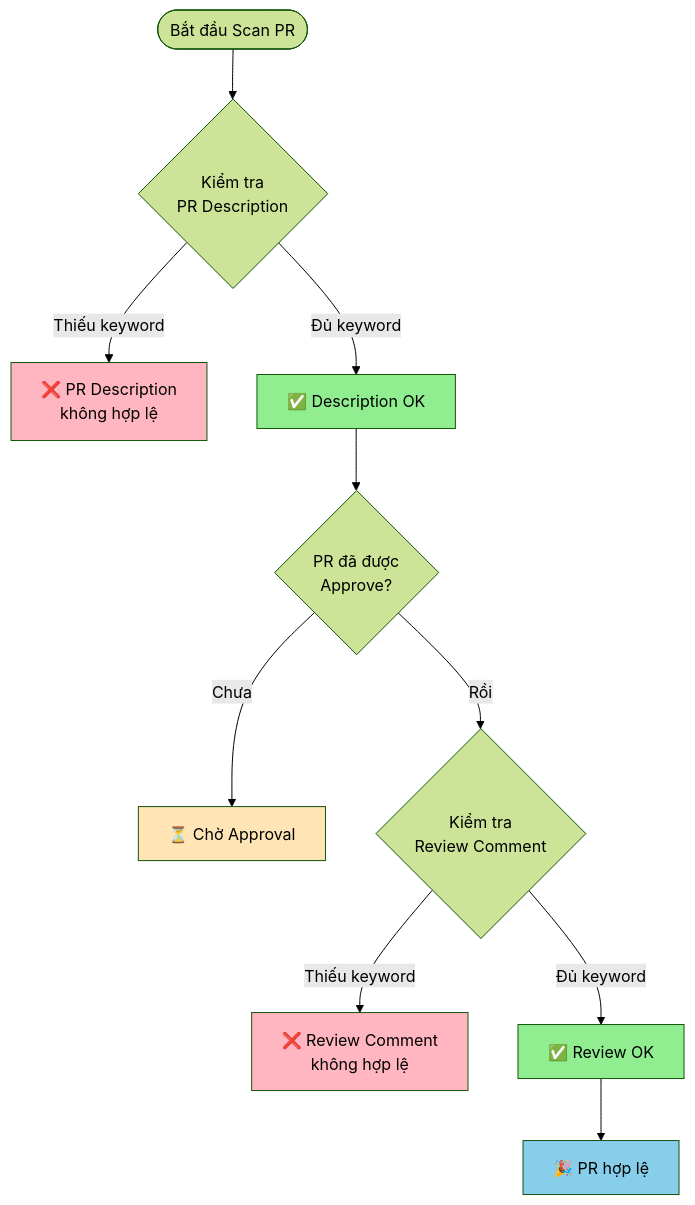
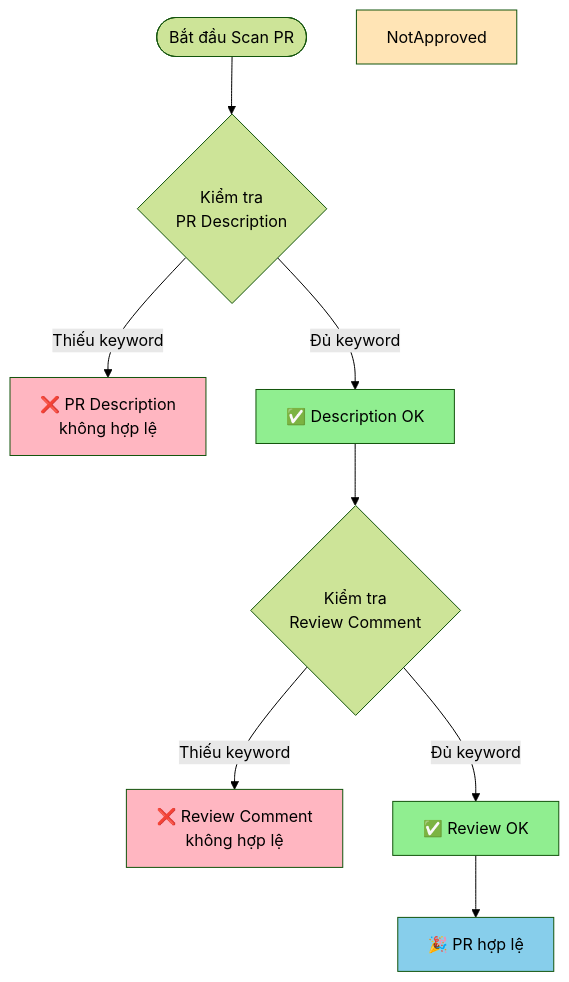
One commit to vfa-khuongdv/homebrew-bug-crawler changed the diagram in docs/pull-request-rule.md. Above: the diagram before and after it, drawn with Mermaid (forest theme). The commit also changed other lines of this file and 1 other file, not shown here.

````diff
--- a/docs/pull-request-rule.md
+++ b/docs/pull-request-rule.md
@@ -242,24 +232,21 @@
 ```mermaid
 flowchart TD
     Start([Bắt đầu Scan PR]) --> CheckDesc{Kiểm tra<br/>PR Description}
     
     CheckDesc -->|Thiếu keyword| DescFail[❌ PR Description<br/>không hợp lệ]
     CheckDesc -->|Đủ keyword| DescPass[✅ Description OK]
     
-    DescPass --> CheckApproval{PR đã được<br/>Approve?}
-    
-    CheckApproval -->|Chưa| NotApproved[⏳ Chờ Approval]
-    CheckApproval -->|Rồi| CheckReview{Kiểm tra<br/>Review Comment}
+    DescPass --> CheckReview{Kiểm tra<br/>Review Comment}
     
     CheckReview -->|Thiếu keyword| ReviewFail[❌ Review Comment<br/>không hợp lệ]
     CheckReview -->|Đủ keyword| ReviewPass[✅ Review OK]
     
     ReviewPass --> Success[🎉 PR hợp lệ]
     
     style DescFail fill:#FFB6C1
     style ReviewFail fill:#FFB6C1
     style NotApproved fill:#FFE4B5
     style DescPass fill:#90EE90
     style ReviewPass fill:#90EE90
     style Success fill:#87CEEB
 ```
````
